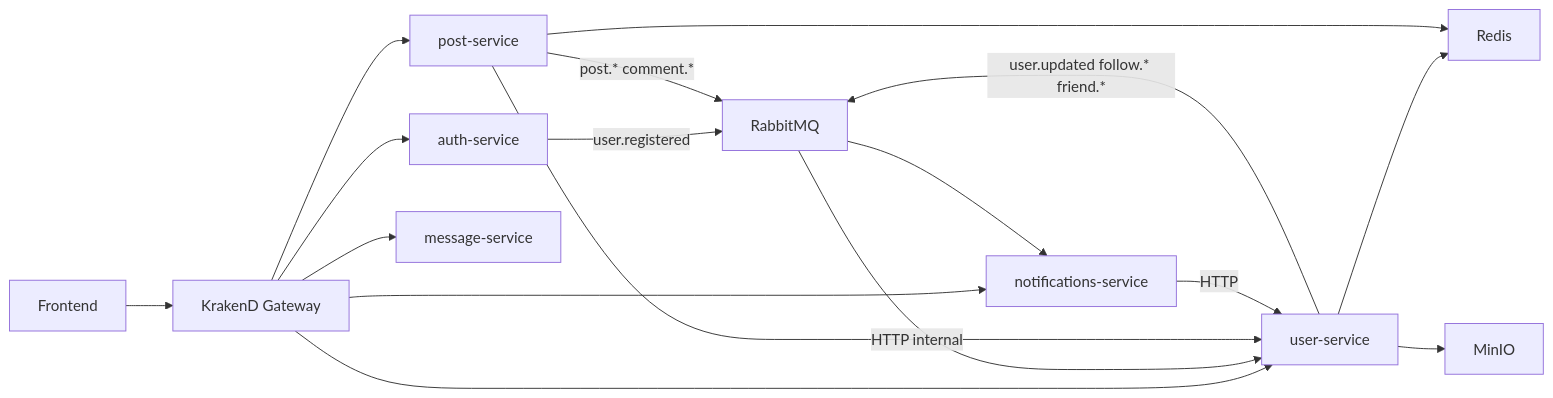
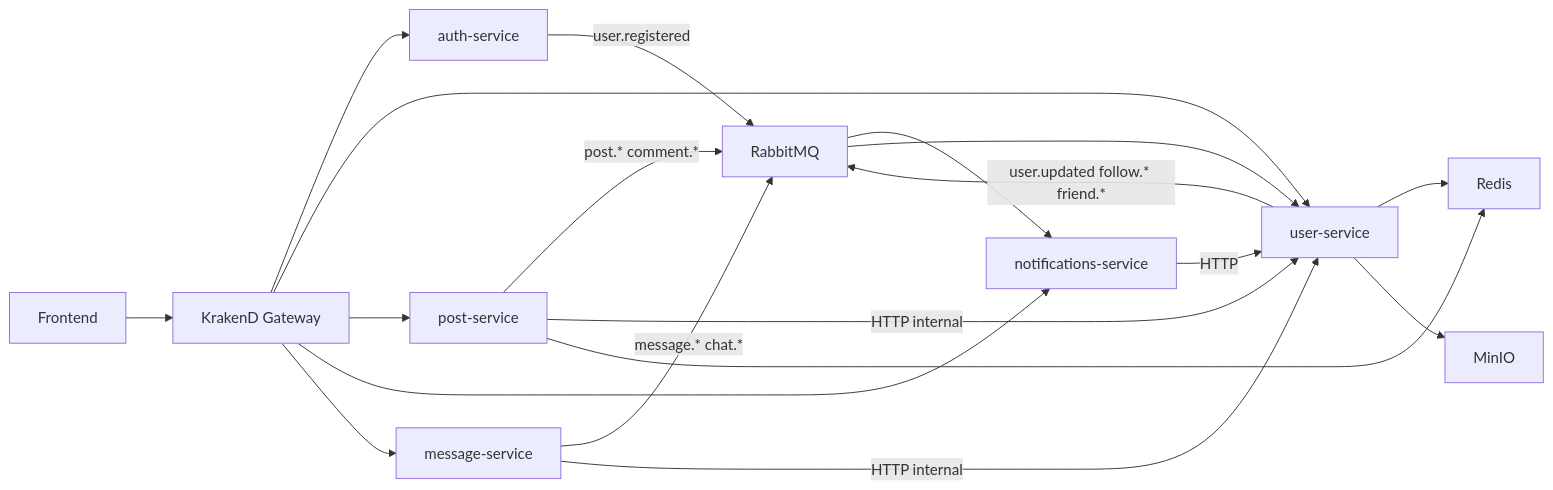
One commit to invatemi/social-backend-service changed the diagram in docs/rules/architecture-guidelines.md. Above: the diagram before and after it, drawn with Mermaid. The commit also changed other lines of this file and 45 other files, not shown here.

Commit message:
update to the graphical components and chat logic

````diff
--- a/docs/rules/architecture-guidelines.md
+++ b/docs/rules/architecture-guidelines.md
@@ -34,21 +34,23 @@
 ```mermaid
 flowchart LR
   Client[Frontend] --> KrakenD[KrakenD Gateway]
   KrakenD --> Auth[auth-service]
   KrakenD --> User[user-service]
   KrakenD --> Post[post-service]
   KrakenD --> Notif[notifications-service]
   KrakenD --> Msg[message-service]
 
   Auth -->|user.registered| RabbitMQ
   User -->|user.updated follow.* friend.*| RabbitMQ
   Post -->|post.* comment.*| RabbitMQ
+  Msg -->|message.* chat.*| RabbitMQ
   RabbitMQ --> Notif
   RabbitMQ --> User
 
   Post -->|HTTP internal| User
+  Msg -->|HTTP internal| User
   Notif -->|HTTP| User
   User --> Redis
   Post --> Redis
   User --> MinIO
 ```
````
